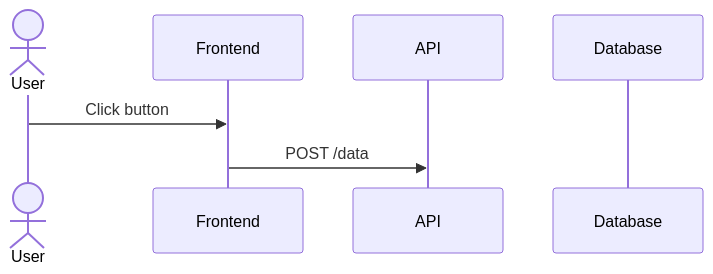
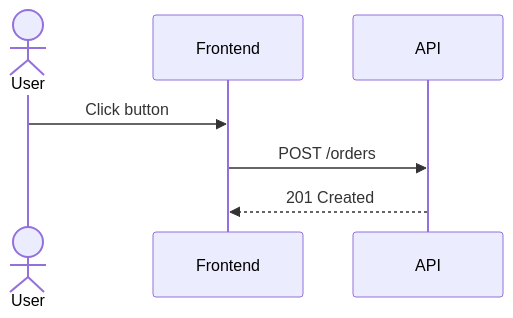
One commit to basidiocarp/lamella changed the diagram in resources/skills/tools/mermaid-diagrams/references/sequence-diagrams.md. Above: the diagram before and after it, drawn with Mermaid. The commit also changed other lines of this file and 1251 other files, not shown here.

````diff
--- a/resources/skills/tools/mermaid-diagrams/references/sequence-diagrams.md
+++ b/resources/skills/tools/mermaid-diagrams/references/sequence-diagrams.md
@@ -16,10 +8,9 @@
 ```mermaid
 sequenceDiagram
     actor User
     participant Frontend
     participant API
-    participant Database
-    
     User->>Frontend: Click button
-    Frontend->>API: POST /data
+    Frontend->>API: POST /orders
+    API-->>Frontend: 201 Created
 ```
````
